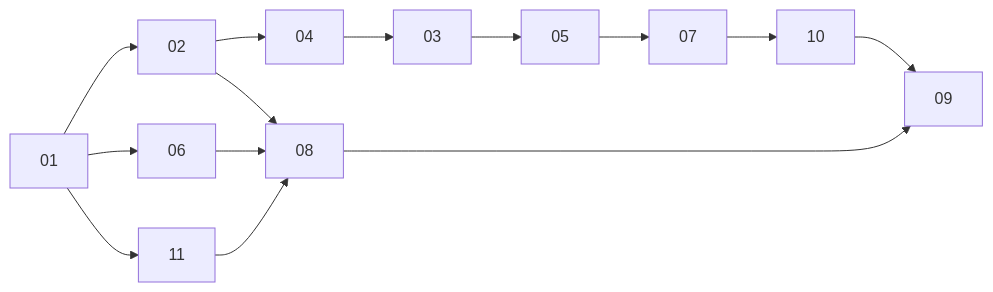
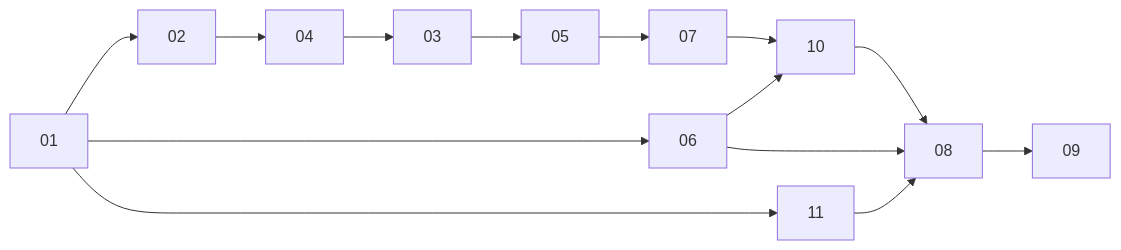
Before and after one commit to anindosarker/shadcn-table: the diagram in .ai/plans/v0.7.x/anindosarker/v0.7.x-plan.md, drawn with Mermaid. The commit also changed other lines of this file and 8 other files, not shown here.

````diff
--- a/.ai/plans/v0.7.x/anindosarker/v0.7.x-plan.md
+++ b/.ai/plans/v0.7.x/anindosarker/v0.7.x-plan.md
@@ -35,16 +35,16 @@
 ```mermaid
 graph LR
   01 --> 02
   02 --> 04
   04 --> 03
   03 --> 05
   05 --> 07
   07 --> 10
+  10 --> 08
+  08 --> 09
   01 --> 06
+  06 --> 10
+  06 --> 08
   01 --> 11
-  06 --> 08
   11 --> 08
-  02 --> 08
-  10 --> 09
-  08 --> 09
 ```
````
